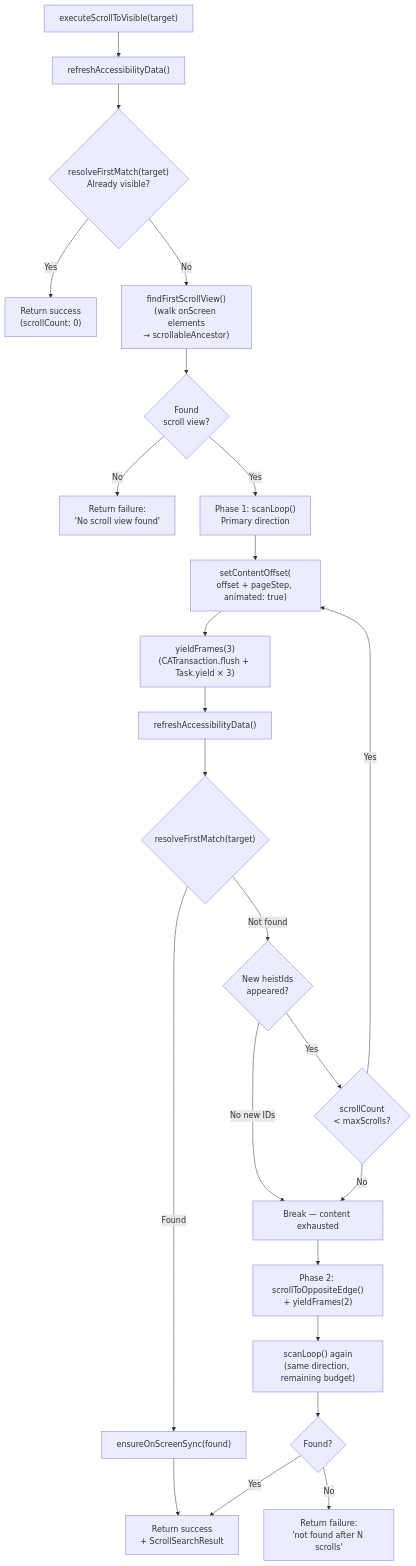
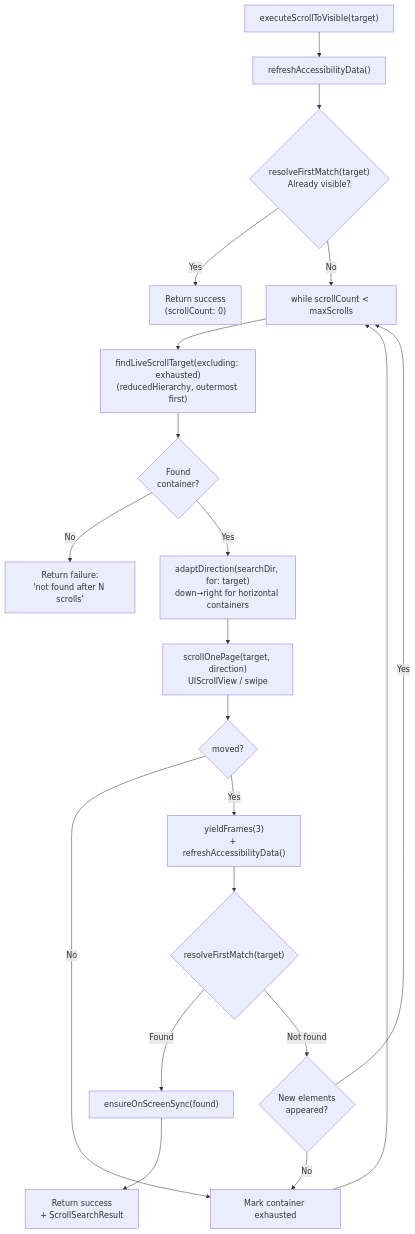
The second of 2 diagrams in docs/dossiers/04a-SCROLLING.md (RoyalPineapple/TheButtonHeist), drawn with Mermaid before and after one commit. The commit also changed other lines of this file and 27 other files, not shown here.

First line of the commit message:
Nested scroll views + resolveTarget result type (#178)

````diff
--- a/docs/dossiers/04a-SCROLLING.md
+++ b/docs/dossiers/04a-SCROLLING.md
@@ -136,28 +131,25 @@
 ```mermaid
 flowchart TD
     S["executeScrollToVisible(target)"] --> REF["refreshAccessibilityData()"]
     REF --> CHK{"resolveFirstMatch(target)<br/>Already visible?"}
     CHK -->|Yes| DONE["Return success<br/>(scrollCount: 0)"]
-    CHK -->|No| FSV["findFirstScrollView()<br/>(walk onScreen elements<br/>→ scrollableAncestor)"]
-    FSV --> SVOK{Found<br/>scroll view?}
-    SVOK -->|No| FAIL0["Return failure:<br/>'No scroll view found'"]
-    SVOK -->|Yes| PH1["Phase 1: scanLoop()<br/>Primary direction"]
+    CHK -->|No| LOOP["while scrollCount < maxScrolls"]
 
-    PH1 --> SLOOP["setContentOffset(<br/>offset + pageStep, animated: true)"]
-    SLOOP --> SETTLE["yieldFrames(3)<br/>(CATransaction.flush + Task.yield × 3)"]
-    SETTLE --> REFR["refreshAccessibilityData()"]
-    REFR --> FM{"resolveFirstMatch(target)"}
+    LOOP --> FIND["findLiveScrollTarget(excluding: exhausted)<br/>(reducedHierarchy, outermost first)"]
+    FIND --> SVOK{Found<br/>container?}
+    SVOK -->|No| FAILN["Return failure:<br/>'not found after N scrolls'"]
+    SVOK -->|Yes| ADAPT["adaptDirection(searchDir, for: target)<br/>down→right for horizontal containers"]
+
+    ADAPT --> SCROLL["scrollOnePage(target, direction)<br/>UIScrollView / swipe"]
+    SCROLL --> MOVED{moved?}
+    MOVED -->|No| EXHAUST["Mark container exhausted"]
+    EXHAUST --> LOOP
+
+    MOVED -->|Yes| SETTLE["yieldFrames(3)<br/>+ refreshAccessibilityData()"]
+    SETTLE --> FM{"resolveFirstMatch(target)"}
     FM -->|Found| ENS["ensureOnScreenSync(found)"]
     ENS --> END["Return success<br/>+ ScrollSearchResult"]
-    FM -->|Not found| NEW{New heistIds<br/>appeared?}
-    NEW -->|No new IDs| STALL["Break — content exhausted"]
-    NEW -->|Yes| BUDGET{scrollCount<br/>< maxScrolls?}
-    BUDGET -->|Yes| SLOOP
-    BUDGET -->|No| STALL
-
-    STALL --> PH2["Phase 2: scrollToOppositeEdge()<br/>+ yieldFrames(2)"]
-    PH2 --> SCAN2["scanLoop() again<br/>(same direction, remaining budget)"]
-    SCAN2 --> RESULT{Found?}
-    RESULT -->|Yes| END
-    RESULT -->|No| FAILN["Return failure:<br/>'not found after N scrolls'"]
+    FM -->|Not found| NEW{New elements<br/>appeared?}
+    NEW -->|No| EXHAUST
+    NEW -->|Yes| LOOP
 ```
````
